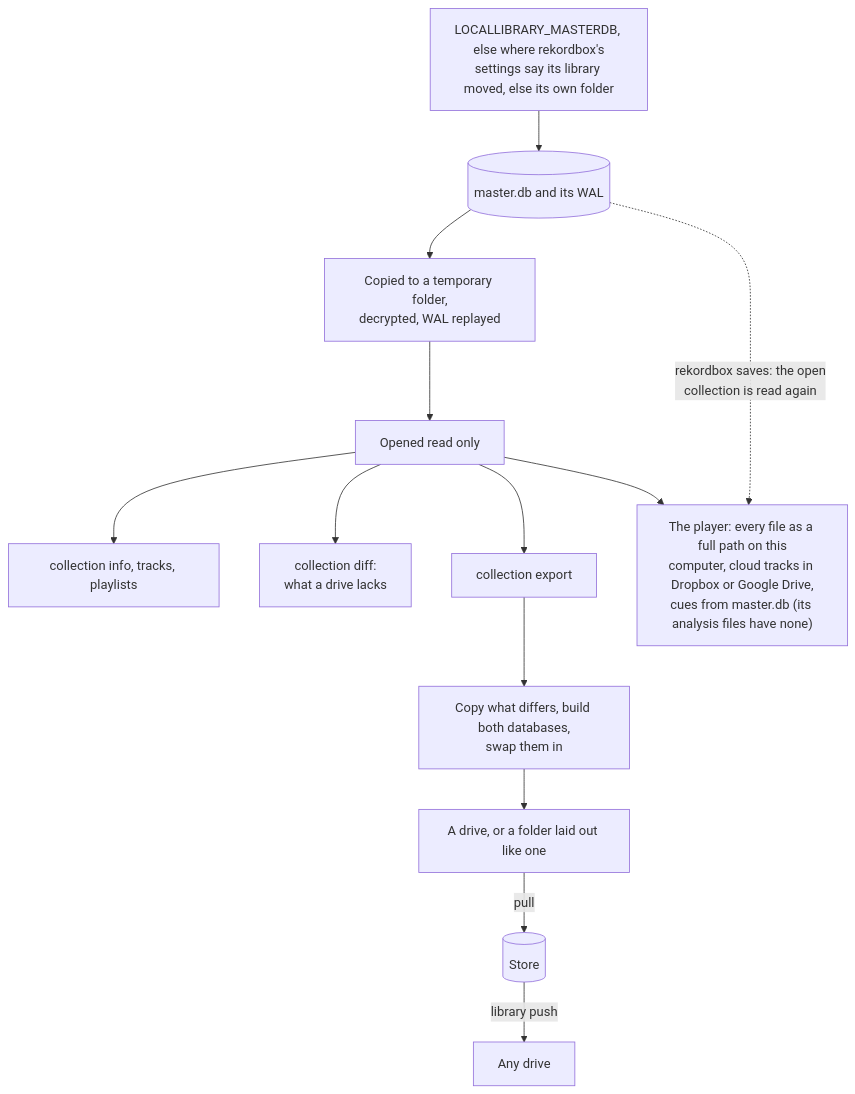
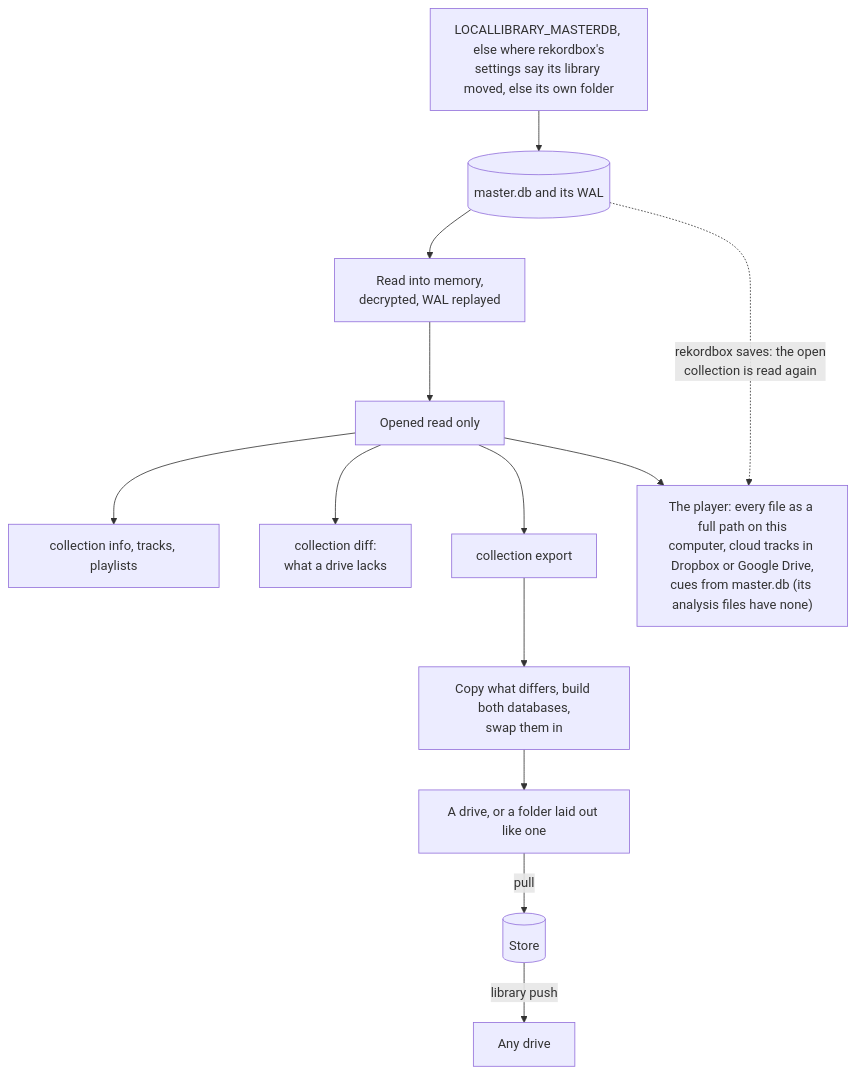
Before and after one commit to cutenode/localnetwork: the fourth of 10 diagrams in apps/locallibrary/docs/diagrams/data.md, drawn with Mermaid. The commit also changed 11 other files, not shown here.

First line of the commit message:
fix(locallibrary): decrypt master.db in memory and keep other decrypted copies in swept private folders

````diff
--- a/apps/locallibrary/docs/diagrams/data.md
+++ b/apps/locallibrary/docs/diagrams/data.md
@@ -76,15 +76,15 @@
 ```mermaid
 flowchart TD
     find["LOCALLIBRARY_MASTERDB, else where rekordbox's<br/>settings say its library moved, else its own folder"] --> master
-    master[("master.db and its WAL")] --> copy["Copied to a temporary folder,<br/>decrypted, WAL replayed"]
+    master[("master.db and its WAL")] --> copy["Read into memory,<br/>decrypted, WAL replayed"]
     copy --> read["Opened read only"]
     read --> reads["collection info, tracks, playlists"]
     read --> diff["collection diff:<br/>what a drive lacks"]
     read --> export["collection export"]
     read --> player["The player: every file as a full path on this<br/>computer, cloud tracks in Dropbox or Google Drive,<br/>cues from master.db (its analysis files have none)"]
     master -.->|"rekordbox saves: the open<br/>collection is read again"| player
     export --> write["Copy what differs, build both databases,<br/>swap them in"]
     write --> target["A drive, or a folder laid out like one"]
     target -->|"pull"| store[("Store")]
     store -->|"library push"| drive["Any drive"]
 ```
````
